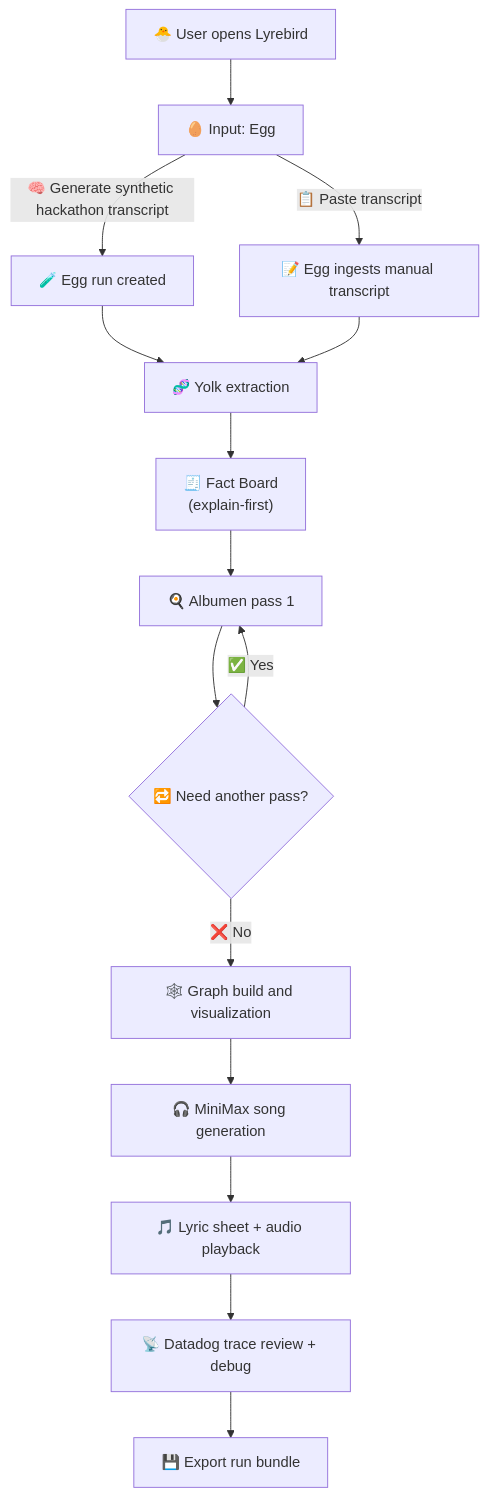
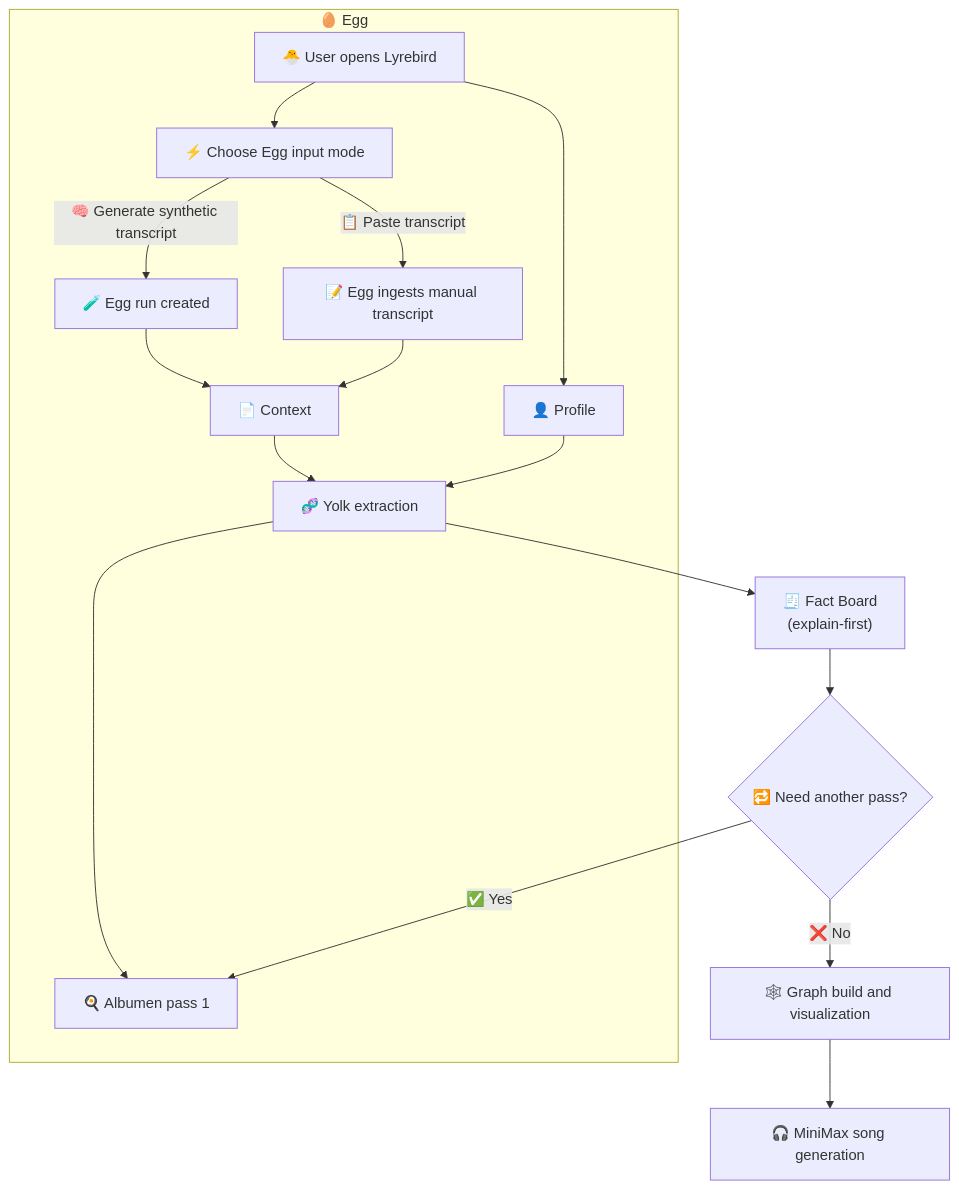
Before and after one commit to kirilligum/lyrebird-awsloft-hack260220: the first of 2 diagrams in README.md, drawn with Mermaid. The commit also changed other lines of this file and 9 other files, not shown here.

Commit message:
feat: Update UI and improve Yolk fact extraction

````diff
--- a/README.md
+++ b/README.md
@@ -22,17 +22,22 @@
 ```mermaid
 flowchart TD
-  U[🐣 User opens Lyrebird] --> I[🥚 Input: Egg]
-  I -->|🧠 Generate synthetic hackathon transcript| E1[🧪 Egg run created]
-  I -->|📋 Paste transcript| E2[📝 Egg ingests manual transcript]
-  E1 --> Y[🧬 Yolk extraction]
-  E2 --> Y
+  U[🐣 User opens Lyrebird]
+  U --> I[⚡ Choose Egg input mode]
+
+  subgraph Egg["🥚 Egg"]
+    I -->|🧠 Generate synthetic transcript| E1[🧪 Egg run created]
+    I -->|📋 Paste transcript| E2[📝 Egg ingests manual transcript]
+    E1 --> C[📄 Context]
+    E2 --> C
+    U --> P[👤 Profile]
+    C --> Y[🧬 Yolk extraction]
+    P --> Y
+    Y --> A[🍳 Albumen pass 1]
+  end
+
   Y --> F["🧾 Fact Board\n(explain-first)"]
-  F --> P[🍳 Albumen pass 1]
-  P --> R{🔁 Need another pass?}
-  R -->|✅ Yes| P
+  F --> R{🔁 Need another pass?}
+  R -->|✅ Yes| A
   R -->|❌ No| G[🕸️ Graph build and visualization]
   G --> M[🎧 MiniMax song generation]
-  M --> L[🎵 Lyric sheet + audio playback]
-  L --> D[📡 Datadog trace review + debug]
-  D --> X[💾 Export run bundle]
 ```
````
